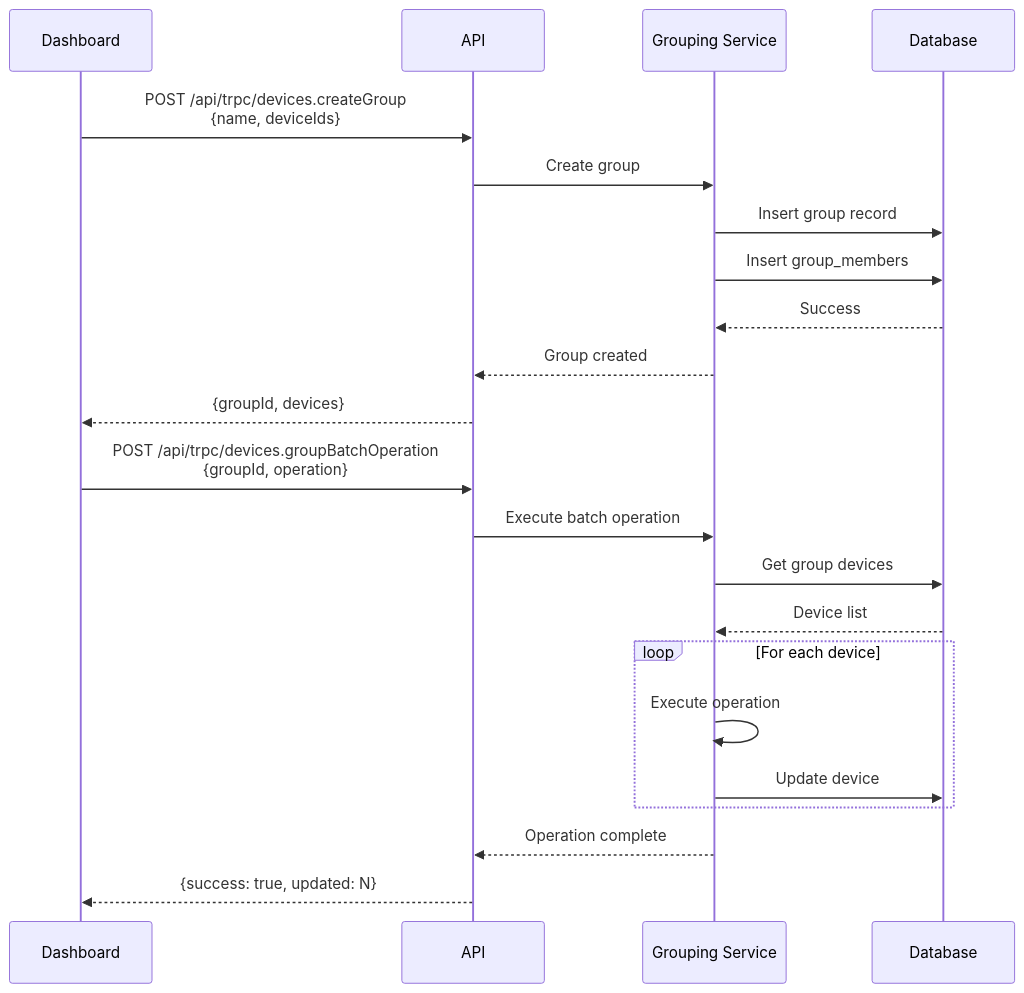
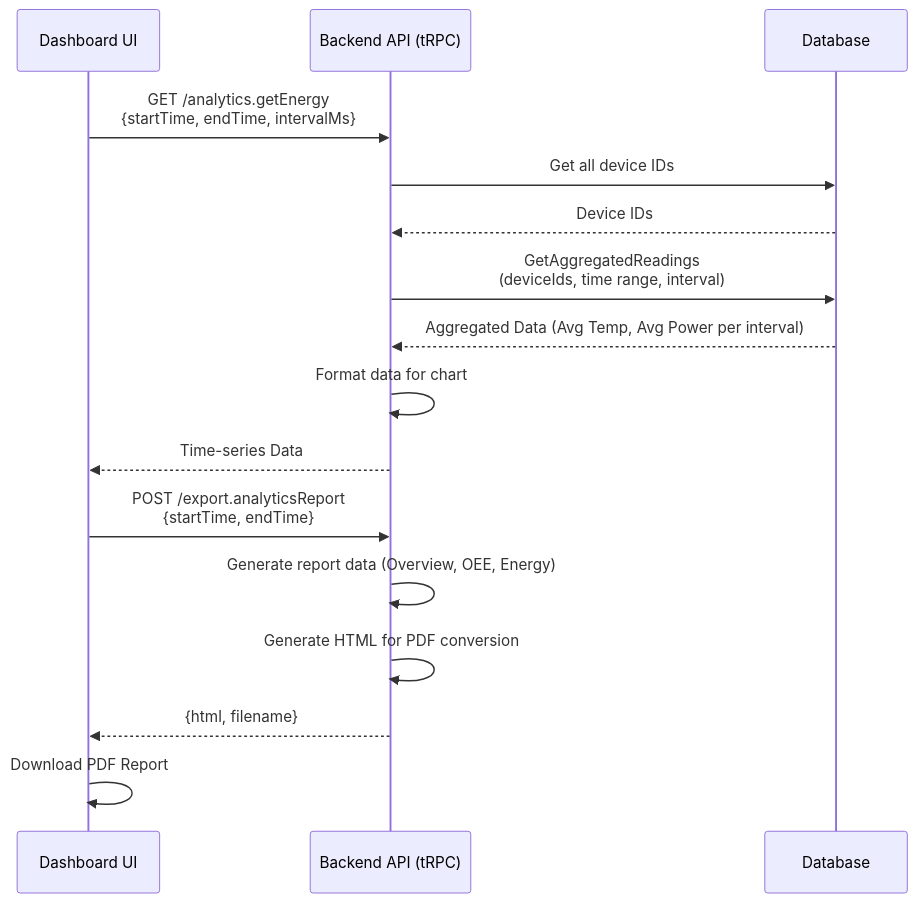
One commit to DruHustle/smart-factory-iot changed the fifth of 5 diagrams in docs/api-flows.md. Above: the diagram before and after it, drawn with Mermaid. The commit also changed other lines of this file and 7 other files, not shown here.

````diff
--- a/docs/api-flows.md
+++ b/docs/api-flows.md
@@ -271,28 +144,25 @@
 ```mermaid
 sequenceDiagram
-    participant UI as Dashboard
-    participant API as API
-    participant Service as Grouping Service
+    participant Dashboard as Dashboard UI
+    participant API as Backend API (tRPC)
     participant DB as Database
     
-    UI->>API: POST /api/trpc/devices.createGroup<br/>{name, deviceIds}
-    API->>Service: Create group
-    Service->>DB: Insert group record
-    Service->>DB: Insert group_members
-    DB-->>Service: Success
-    Service-->>API: Group created
-    API-->>UI: {groupId, devices}
+    Dashboard->>API: GET /analytics.getEnergy<br/>{startTime, endTime, intervalMs}
     
-    UI->>API: POST /api/trpc/devices.groupBatchOperation<br/>{groupId, operation}
-    API->>Service: Execute batch operation
-    Service->>DB: Get group devices
-    DB-->>Service: Device list
+    API->>DB: Get all device IDs
+    DB-->>API: Device IDs
     
-    loop For each device
-        Service->>Service: Execute operation
-        Service->>DB: Update device
-    end
+    API->>DB: GetAggregatedReadings<br/>(deviceIds, time range, interval)
+    DB-->>API: Aggregated Data (Avg Temp, Avg Power per interval)
     
-    Service-->>API: Operation complete
-    API-->>UI: {success: true, updated: N}
+    API->>API: Format data for chart
+    
+    API-->>Dashboard: Time-series Data
+    
+    Dashboard->>API: POST /export.analyticsReport<br/>{startTime, endTime}
+    API->>API: Generate report data (Overview, OEE, Energy)
+    API->>API: Generate HTML for PDF conversion
+    API-->>Dashboard: {html, filename}
+    
+    Dashboard->>Dashboard: Download PDF Report
 ```
````
